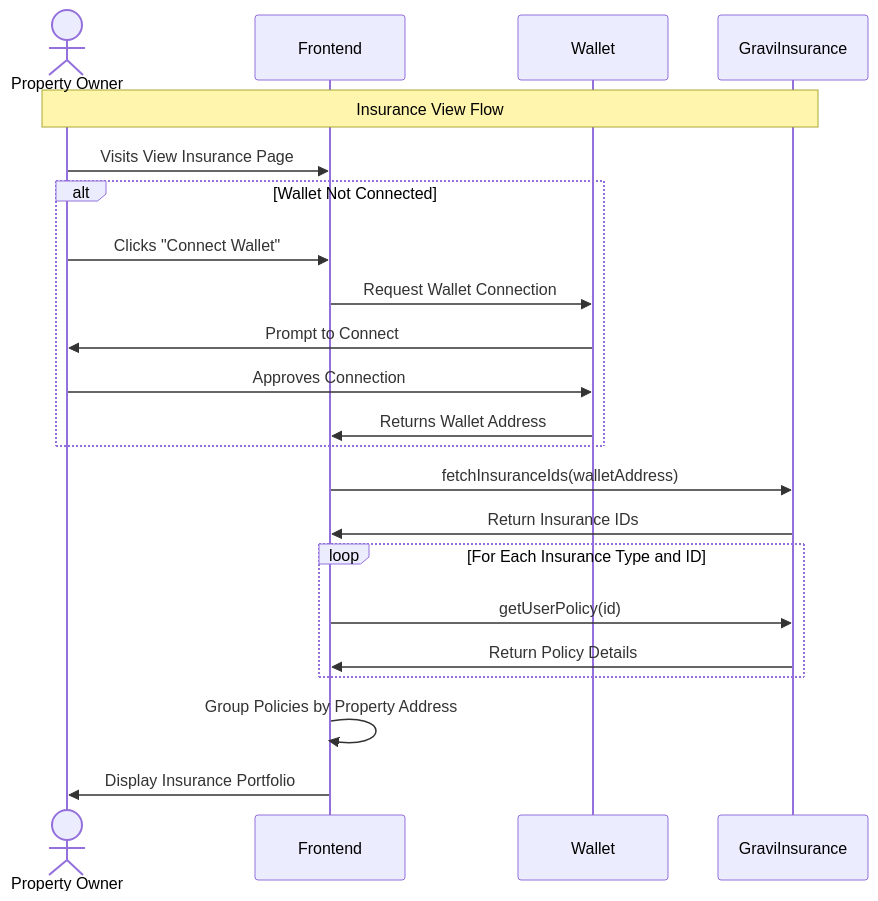
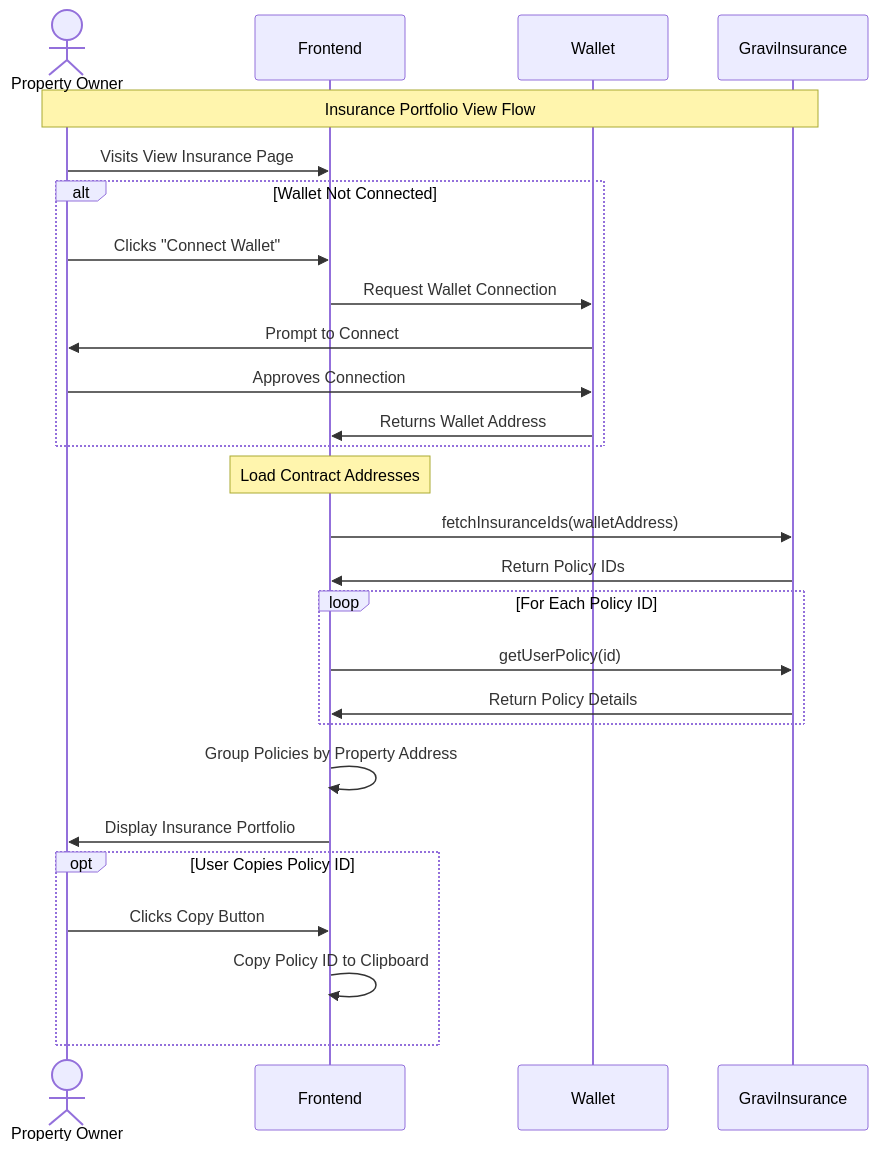
Before and after one commit to AndrewZZJ/dapp-defiying-gravity: the diagram in docs/sequence-diagrams/insurance/view-insurance-policy.mmd, drawn with Mermaid. The commit also changed 6 other files, not shown here.

Commit message:
updated sequence and contract API docs

```diff
--- a/docs/sequence-diagrams/insurance/view-insurance-policy.mmd
+++ b/docs/sequence-diagrams/insurance/view-insurance-policy.mmd
@@ -1,27 +1,39 @@
 sequenceDiagram
     actor User as Property Owner
     participant Frontend
     participant Wallet as Wallet
     participant Contract as GraviInsurance
     
     %% View Insurance Flow
-    Note over User, Contract: Insurance View Flow
+    Note over User, Contract: Insurance Portfolio View Flow
     User->>Frontend: Visits View Insurance Page
+    
     alt Wallet Not Connected
         User->>Frontend: Clicks "Connect Wallet"
         Frontend->>Wallet: Request Wallet Connection
         Wallet->>User: Prompt to Connect
         User->>Wallet: Approves Connection
         Wallet->>Frontend: Returns Wallet Address
     end
     
+    %% Frontend loads contract addresses from config
+    Note over Frontend: Load Contract Addresses
+    
+    %% Fetch policies
     Frontend->>Contract: fetchInsuranceIds(walletAddress)
-    Contract->>Frontend: Return Insurance IDs
+    Contract->>Frontend: Return Policy IDs
     
-    loop For Each Insurance Type and ID
+    loop For Each Policy ID
         Frontend->>Contract: getUserPolicy(id)
         Contract->>Frontend: Return Policy Details
     end
     
+    %% Process and display the data
     Frontend->>Frontend: Group Policies by Property Address
     Frontend->>User: Display Insurance Portfolio
+    
+    %% When user interacts with policy cards
+    opt User Copies Policy ID
+        User->>Frontend: Clicks Copy Button
+        Frontend->>Frontend: Copy Policy ID to Clipboard
+    end
```
